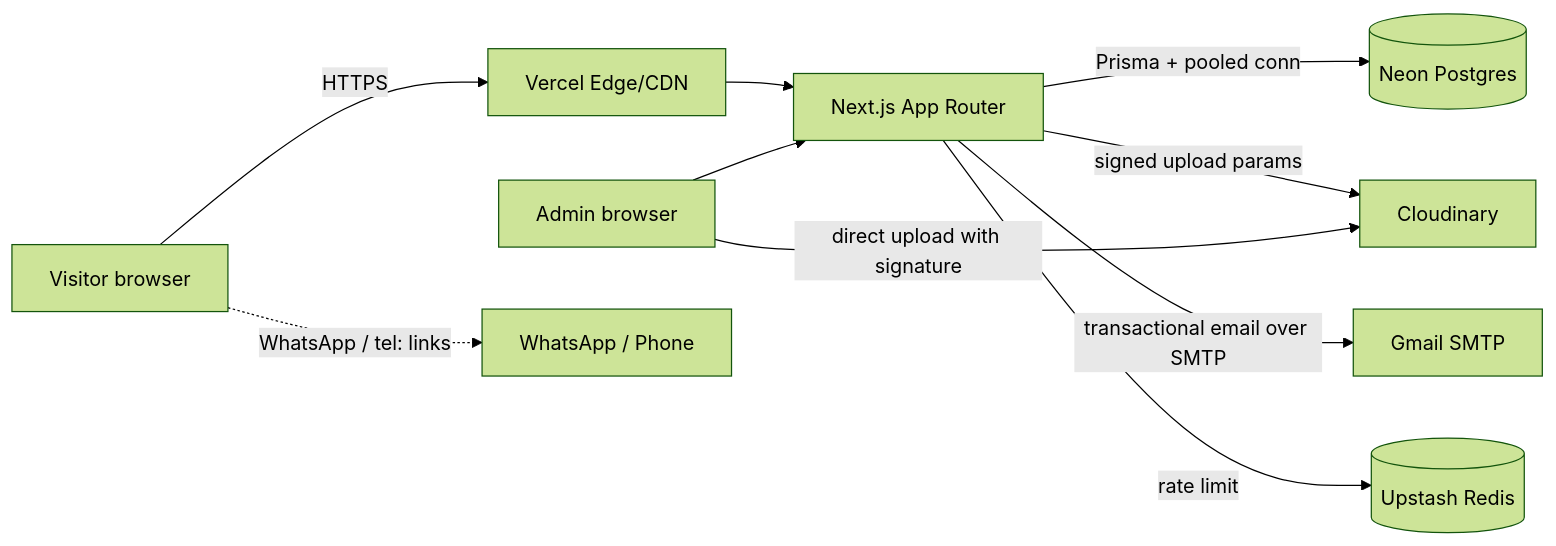
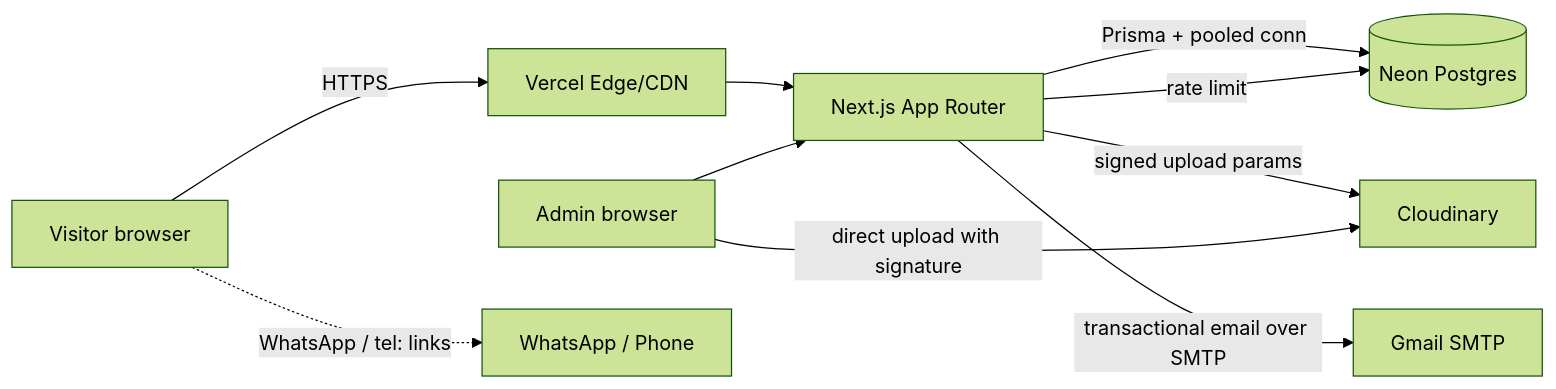
Before and after one commit to Sarvesh-Changan/vakratund: the diagram in docs/ARCHITECTURE.md, drawn with Mermaid (forest theme). The commit also changed other lines of this file and 7 other files, not shown here.

Commit message:
fix: auth.rate_limit_unavailable

````diff
--- a/docs/ARCHITECTURE.md
+++ b/docs/ARCHITECTURE.md
@@ -25,12 +25,12 @@
 ```mermaid
 flowchart LR
   V[Visitor browser] -->|HTTPS| E[Vercel Edge/CDN]
   E --> N[Next.js App Router]
   A[Admin browser] --> N
   N -->|Prisma + pooled conn| DB[(Neon Postgres)]
   N -->|signed upload params| C[Cloudinary]
   A -->|direct upload with signature| C
   N -->|transactional email over SMTP| R[Gmail SMTP]
-  N -->|rate limit| U[(Upstash Redis)]
+  N -->|rate limit| DB[(Neon Postgres)]
   V -.->|WhatsApp / tel: links| W[WhatsApp / Phone]
 ```
````
